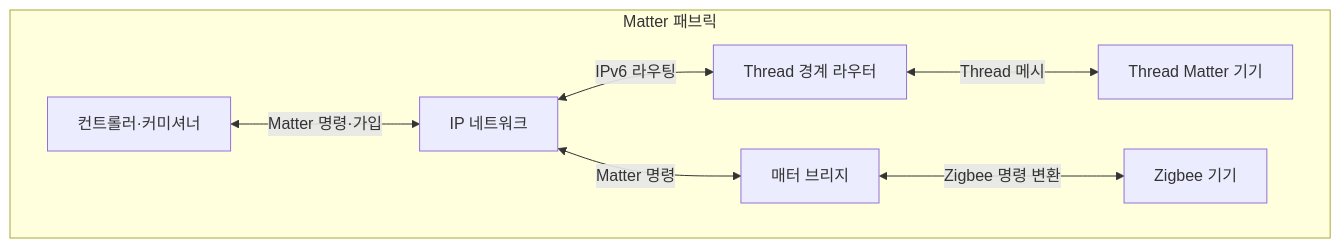
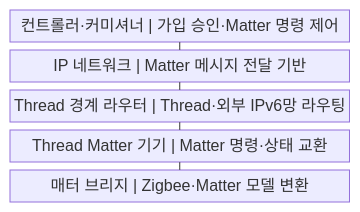
Before and after one commit to agnusdei1207/knowledge-base: the first of 2 diagrams in src/content/docs/notes/04-network/054_zigbee_thread_matter.md, drawn with Mermaid. The commit also changed other lines of this file and 20 other files, not shown here.

````diff
--- a/src/content/docs/notes/04-network/054_zigbee_thread_matter.md
+++ b/src/content/docs/notes/04-network/054_zigbee_thread_matter.md
@@ -57,16 +57,13 @@
 ```mermaid
-flowchart TB
-    subgraph M[Matter 패브릭]
-        CTRL[컨트롤러·커미셔너]
-        IP[IP 네트워크]
-        BR[Thread 경계 라우터]
-        TD[Thread Matter 기기]
-        MB[매터 브리지]
-        ZD[Zigbee 기기]
-        CTRL <-->|Matter 명령·가입| IP
-        IP <-->|IPv6 라우팅| BR
-        BR <-->|Thread 메시| TD
-        IP <-->|Matter 명령| MB
-        MB <-->|Zigbee 명령 변환| ZD
-    end
+block
+    columns 1
+    A["컨트롤러·커미셔너 | 가입 승인·Matter 명령 제어"]
+    B["IP 네트워크 | Matter 메시지 전달 기반"]
+    C["Thread 경계 라우터 | Thread·외부 IPv6망 라우팅"]
+    D["Thread Matter 기기 | Matter 명령·상태 교환"]
+    E["매터 브리지 | Zigbee·Matter 모델 변환"]
+    A --- B
+    B --- C
+    C --- D
+    D --- E
 ```
````
